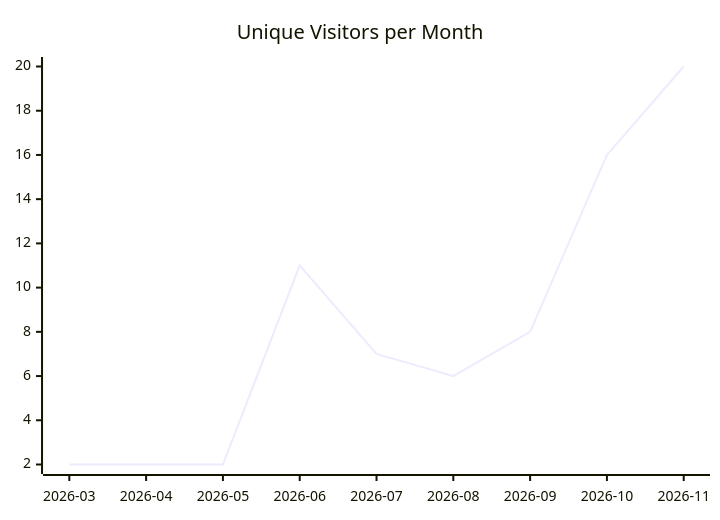
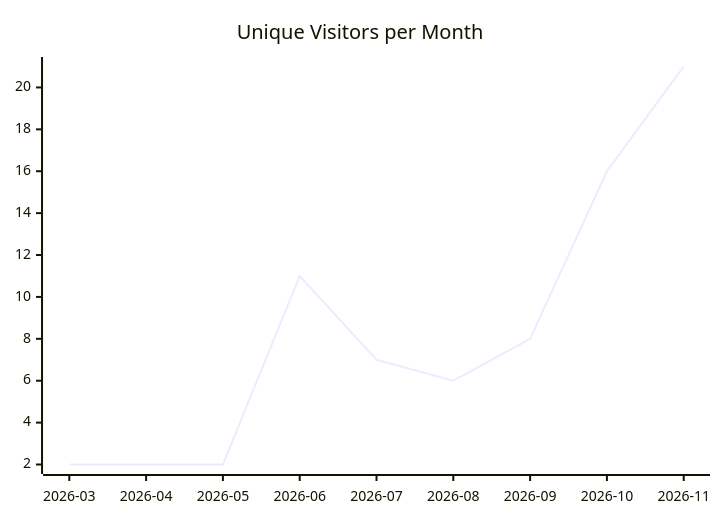
Before and after one commit to justdavis-family/github-analytics-data: the first of 3 diagrams in karlmdavis/ansible-role-jenkins2/README.md, drawn with Mermaid. The commit also changed other lines of this file and 193 other files, not shown here.

````diff
--- a/karlmdavis/ansible-role-jenkins2/README.md
+++ b/karlmdavis/ansible-role-jenkins2/README.md
@@ -5,6 +5,6 @@
 ```mermaid
 xychart-beta
   title "Unique Visitors per Month"
   x-axis ["2026-03", "2026-04", "2026-05", "2026-06", "2026-07", "2026-08", "2026-09", "2026-10", "2026-11"]
-  line [2, 2, 2, 11, 7, 6, 8, 16, 20]
+  line [2, 2, 2, 11, 7, 6, 8, 16, 21]
 ```
````
